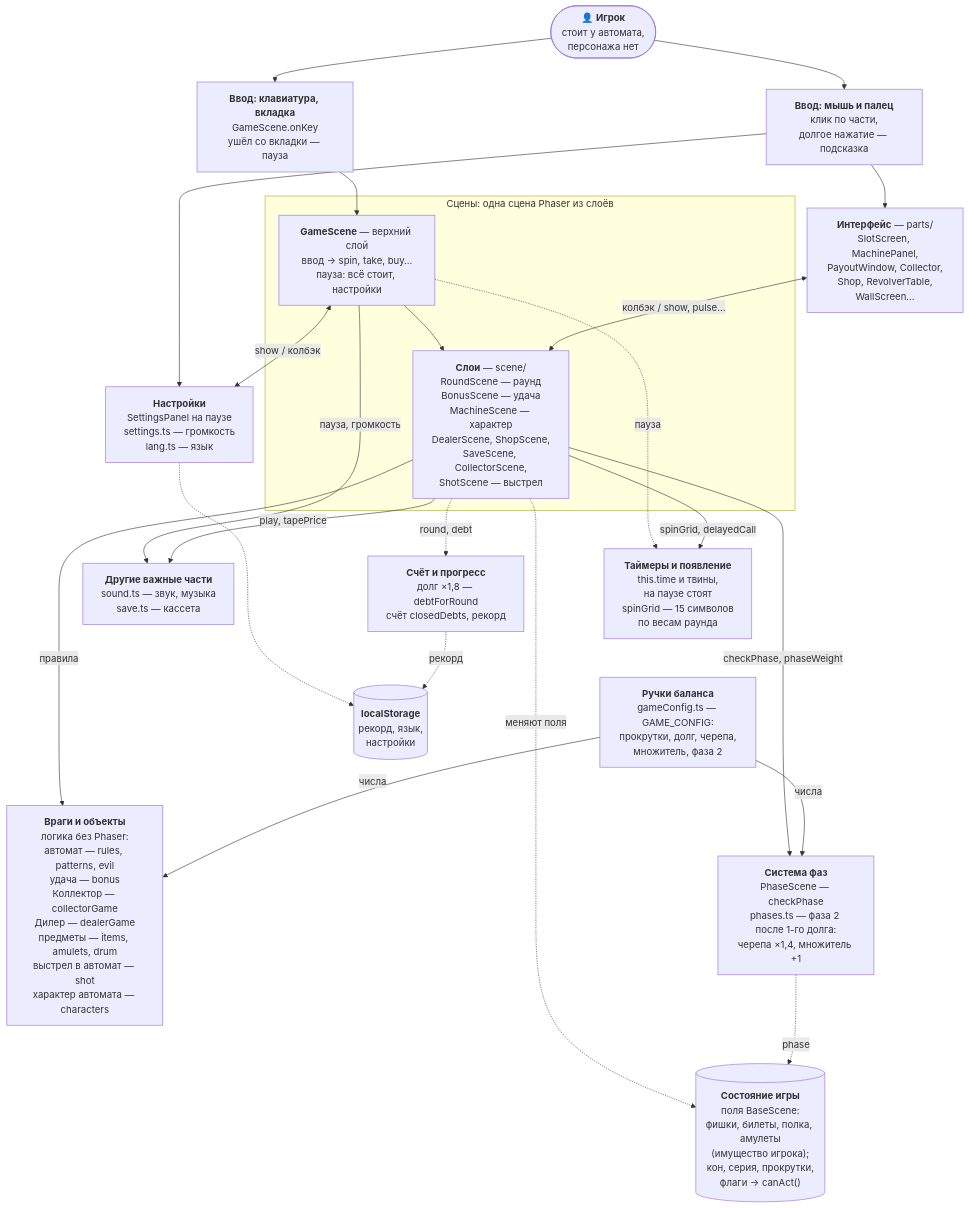
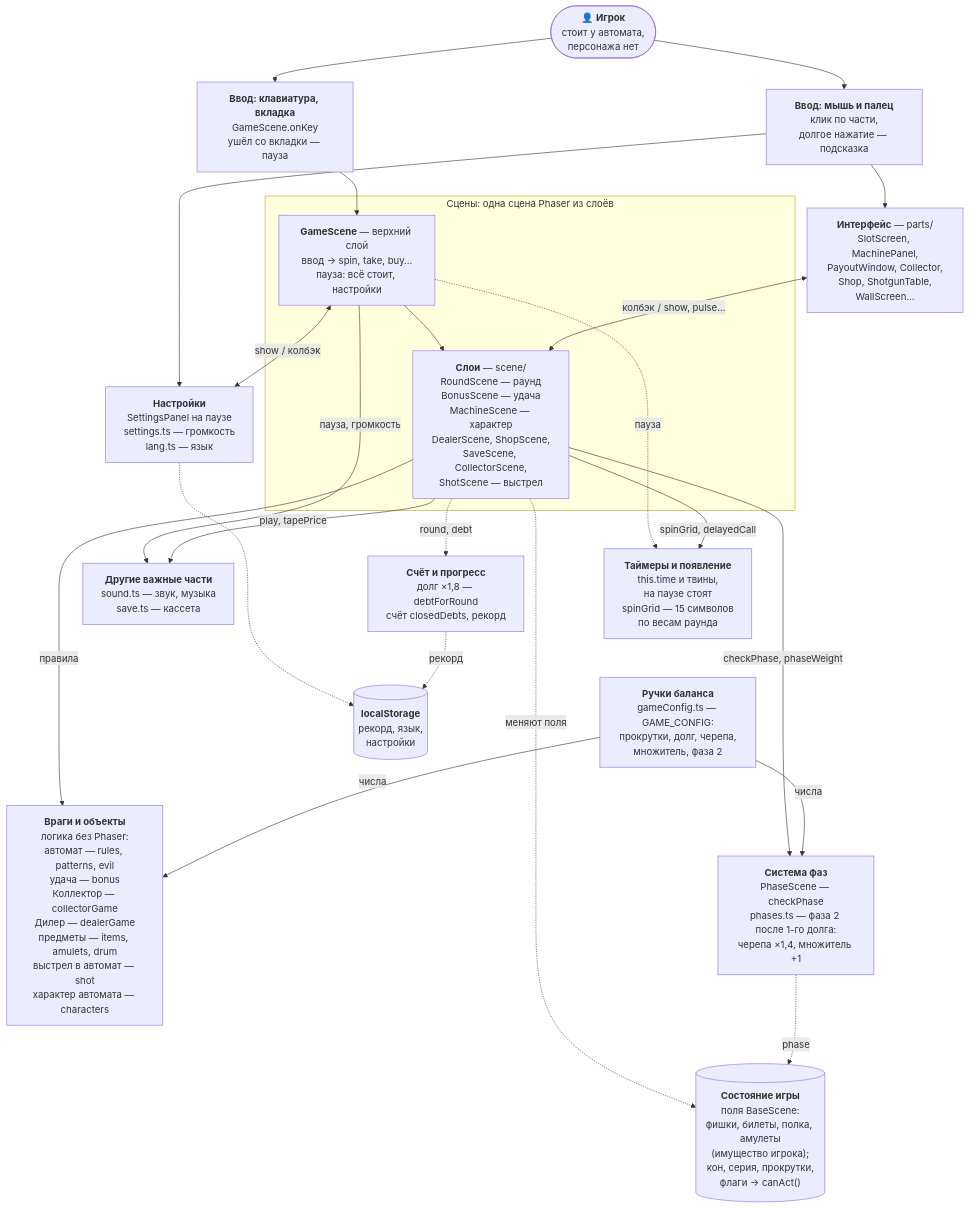
Before and after one commit to LILcmetanka/dolgovaya-yama: the first of 3 diagrams in ARCHITECTURE.md, drawn with Mermaid. The commit also changed other lines of this file and 12 other files, not shown here.

Commit message:
chore: rename revolver to shotgun in code, fix roulette hint after survival rule change

````diff
--- a/ARCHITECTURE.md
+++ b/ARCHITECTURE.md
@@ -15,44 +15,44 @@
 ```mermaid
 %%{init: {"flowchart": {"nodeSpacing": 20, "rankSpacing": 40}}}%%
 flowchart TB
   PERSON(["👤 <b>Игрок</b><br/>стоит у автомата,<br/>персонажа нет"])
   KEYS["<b>Ввод: клавиатура, вкладка</b><br/>GameScene.onKey<br/>ушёл со вкладки — пауза"]
   POINTER["<b>Ввод: мышь и палец</b><br/>клик по части,<br/>долгое нажатие — подсказка"]
   subgraph SCENE["Сцены: одна сцена Phaser из слоёв"]
     GS["<b>GameScene</b> — верхний слой<br/>ввод → spin, take, buy…<br/>пауза: всё стоит, настройки"]
     LAYERS["<b>Слои</b> — scene/<br/>RoundScene — раунд<br/>BonusScene — удача<br/>MachineScene — характер<br/>DealerScene, ShopScene,<br/>SaveScene, CollectorScene,<br/>ShotScene — выстрел"]
   end
-  UI["<b>Интерфейс</b> — parts/<br/>SlotScreen, MachinePanel,<br/>PayoutWindow, Collector,<br/>Shop, RevolverTable,<br/>WallScreen…"]
+  UI["<b>Интерфейс</b> — parts/<br/>SlotScreen, MachinePanel,<br/>PayoutWindow, Collector,<br/>Shop, ShotgunTable,<br/>WallScreen…"]
   SETTINGS["<b>Настройки</b><br/>SettingsPanel на паузе<br/>settings.ts — громкость<br/>lang.ts — язык"]
   WORLD["<b>Враги и объекты</b><br/>логика без Phaser:<br/>автомат — rules, patterns, evil<br/>удача — bonus<br/>Коллектор — collectorGame<br/>Дилер — dealerGame<br/>предметы — items, amulets, drum<br/>выстрел в автомат — shot<br/>характер автомата — characters"]
   PHASES["<b>Система фаз</b><br/>PhaseScene — checkPhase<br/>phases.ts — фаза 2 после 1-го долга:<br/>черепа ×1,4, множитель +1"]
   CONFIG["<b>Ручки баланса</b><br/>gameConfig.ts — GAME_CONFIG:<br/>прокрутки, долг, черепа,<br/>множитель, фаза 2"]
   SCORE["<b>Счёт и прогресс</b><br/>долг ×1,8 — debtForRound<br/>счёт closedDebts, рекорд"]
   OTHER["<b>Другие важные части</b><br/>sound.ts — звук, музыка<br/>save.ts — кассета"]
   STATE[("<b>Состояние игры</b><br/>поля BaseScene:<br/>фишки, билеты, полка, амулеты<br/>(имущество игрока);<br/>кон, серия, прокрутки,<br/>флаги → canAct()")]
   TIMERS["<b>Таймеры и появление</b><br/>this.time и твины,<br/>на паузе стоят<br/>spinGrid — 15 символов<br/>по весам раунда"]
   STORAGE[("<b>localStorage</b><br/>рекорд, язык,<br/>настройки")]
 
   PERSON --> KEYS & POINTER
   KEYS --> GS
   POINTER --> UI
   POINTER --> SETTINGS
   GS --> LAYERS
   UI <-->|колбэк / show, pulse…| LAYERS
   GS <-->|show / колбэк| SETTINGS
   GS -->|пауза, громкость| OTHER
   GS -.->|пауза| TIMERS
   LAYERS -->|правила| WORLD
   LAYERS -->|checkPhase, phaseWeight| PHASES
   LAYERS -->|play, tapePrice| OTHER
   LAYERS -.->|round, debt| SCORE
   LAYERS -.->|меняют поля| STATE
   PHASES -.->|phase| STATE
   LAYERS -->|spinGrid, delayedCall| TIMERS
   CONFIG -->|числа| WORLD
   CONFIG -->|числа| PHASES
   %% невидимая связь — не вызов, а подсказка раскладке, чтобы схема была уже
   TIMERS ~~~ CONFIG
   SETTINGS -.-> STORAGE
   SCORE -.->|рекорд| STORAGE
 ```
````
